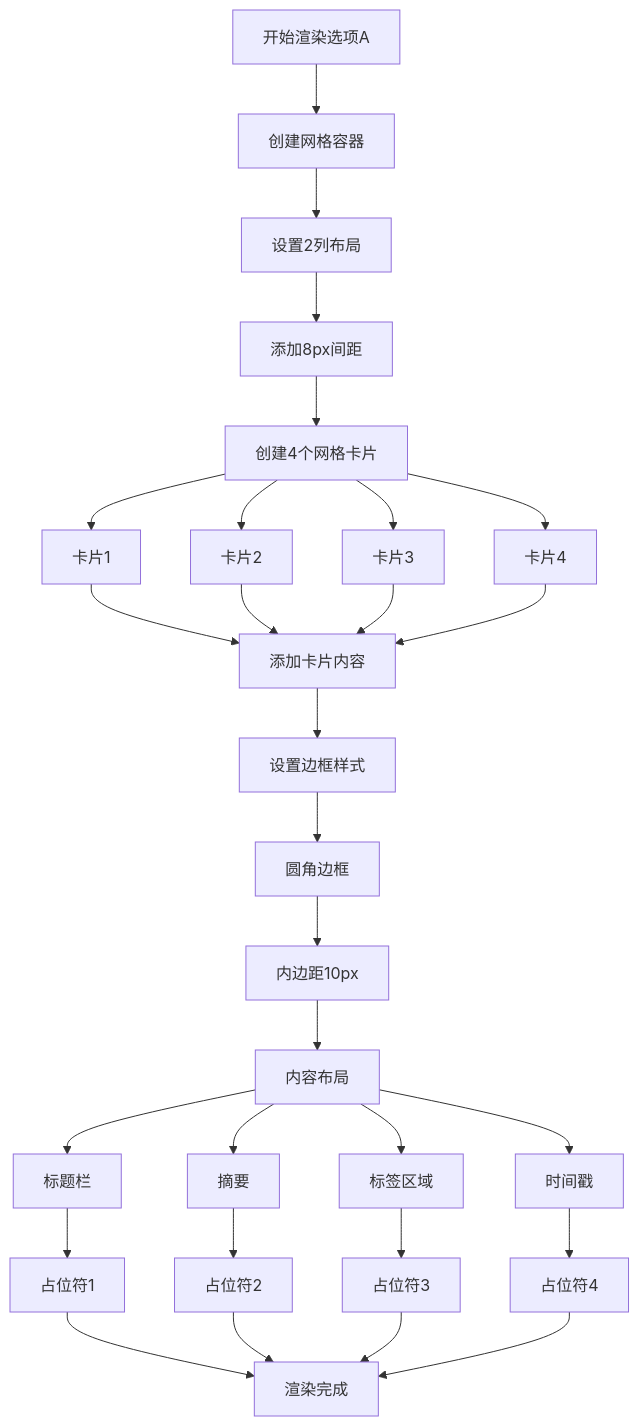
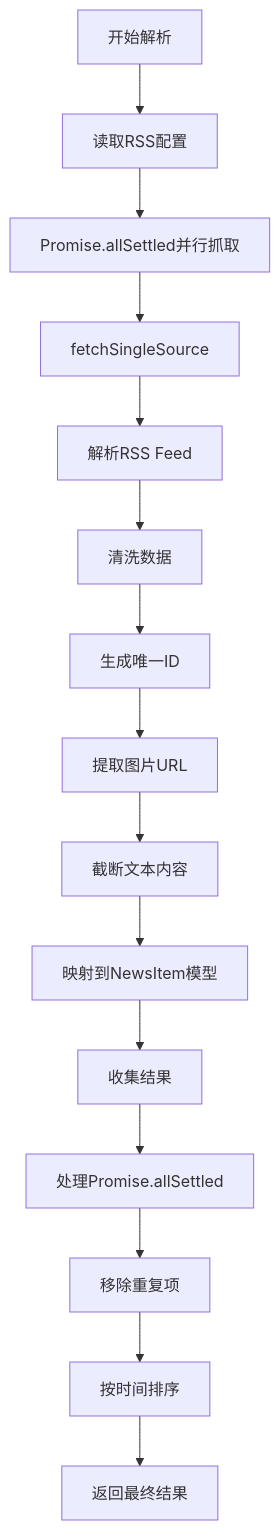
The sixth of 9 diagrams in .qoder/repowiki/zh/content/技术实现细节.md (huanglixinccc/next-demo-collection), drawn with Mermaid before and after one commit. The commit also changed other lines of this file and 10 other files, not shown here.

````diff
--- a/.qoder/repowiki/zh/content/技术实现细节.md
+++ b/.qoder/repowiki/zh/content/技术实现细节.md
@@ -158,31 +253,17 @@
 ```mermaid
 flowchart TD
-START[开始渲染选项A] --> GRID_CONTAINER[创建网格容器]
-GRID_CONTAINER --> SET_COLUMNS[设置2列布局]
-SET_COLUMNS --> ADD_GAP[添加8px间距]
-ADD_GAP --> CREATE_CARDS[创建4个网格卡片]
-CREATE_CARDS --> CARD_1[卡片1]
-CREATE_CARDS --> CARD_2[卡片2]
-CREATE_CARDS --> CARD_3[卡片3]
-CREATE_CARDS --> CARD_4[卡片4]
-CARD_1 --> CARD_CONTENT[添加卡片内容]
-CARD_2 --> CARD_CONTENT
-CARD_3 --> CARD_CONTENT
-CARD_4 --> CARD_CONTENT
-CARD_CONTENT --> BORDER_STYLE[设置边框样式]
-BORDER_STYLE --> ROUNDED_CORNERS[圆角边框]
-ROUNDED_CORNERS --> PADDING[内边距10px]
-PADDING --> CONTENT_LAYOUT[内容布局]
-CONTENT_LAYOUT --> TITLE_BAR[标题栏]
-CONTENT_LAYOUT --> SUMMARY[摘要]
-CONTENT_LAYOUT --> TAG_SECTION[标签区域]
-CONTENT_LAYOUT --> TIME_STAMP[时间戳]
-TITLE_BAR --> PLACEHOLDER_1[占位符1]
-SUMMARY --> PLACEHOLDER_2[占位符2]
-TAG_SECTION --> PLACEHOLDER_3[占位符3]
-TIME_STAMP --> PLACEHOLDER_4[占位符4]
-PLACEHOLDER_1 --> FINISH[渲染完成]
-PLACEHOLDER_2 --> FINISH
-PLACEHOLDER_3 --> FINISH
-PLACEHOLDER_4 --> FINISH
+START[开始解析] --> PARSE_CONFIG[读取RSS配置]
+PARSE_CONFIG --> PARALLEL_FETCH[Promise.allSettled并行抓取]
+PARALLEL_FETCH --> FETCH_SOURCE[fetchSingleSource]
+FETCH_SOURCE --> PARSE_FEED[解析RSS Feed]
+PARSE_FEED --> CLEAN_DATA[清洗数据]
+CLEAN_DATA --> GENERATE_ID[生成唯一ID]
+GENERATE_ID --> EXTRACT_IMAGE[提取图片URL]
+EXTRACT_IMAGE --> TRUNCATE_TEXT[截断文本内容]
+TRUNCATE_TEXT --> MAP_TO_MODEL[映射到NewsItem模型]
+MAP_TO_MODEL --> COLLECT_RESULTS[收集结果]
+COLLECT_RESULTS --> HANDLE_PROMISES[处理Promise.allSettled]
+HANDLE_PROMISES --> REMOVE_DUPLICATES[移除重复项]
+REMOVE_DUPLICATES --> SORT_BY_DATE[按时间排序]
+SORT_BY_DATE --> RETURN_RESULT[返回最终结果]
 ```
````
